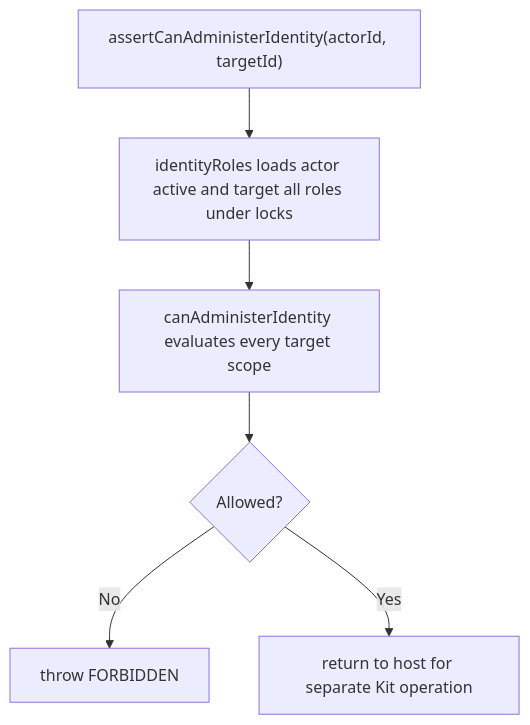
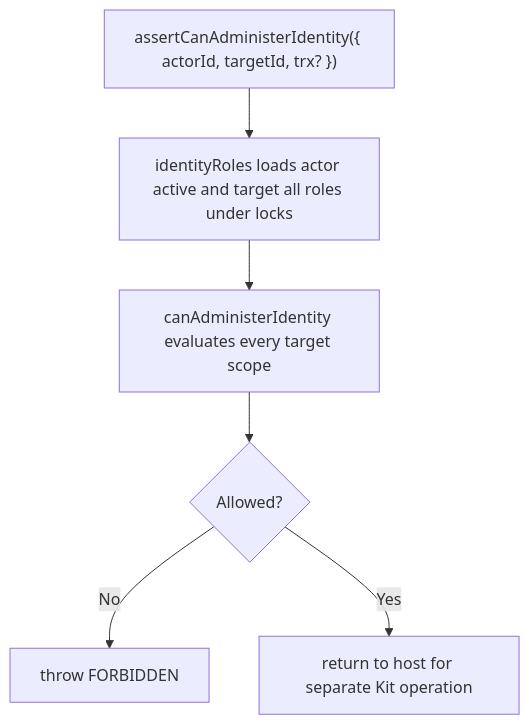
Before and after one commit to Kevinjohn/oss-adonisjs-access-control: the second of 2 diagrams in user-stories/US-ACCESS-11-administer-account-identity.md, drawn with Mermaid. The commit also changed 6 other files, not shown here.

````diff
--- a/user-stories/US-ACCESS-11-administer-account-identity.md
+++ b/user-stories/US-ACCESS-11-administer-account-identity.md
@@ -32,8 +32,8 @@
 ```mermaid
 flowchart TD
-    A["assertCanAdministerIdentity(actorId, targetId)"] --> B["identityRoles loads actor active and target all roles under locks"]
+    A["assertCanAdministerIdentity({ actorId, targetId, trx? })"] --> B["identityRoles loads actor active and target all roles under locks"]
     B --> C["canAdministerIdentity evaluates every target scope"]
     C --> D{"Allowed?"}
     D -->|No| E["throw FORBIDDEN"]
     D -->|Yes| F["return to host for separate Kit operation"]
 ```
````
